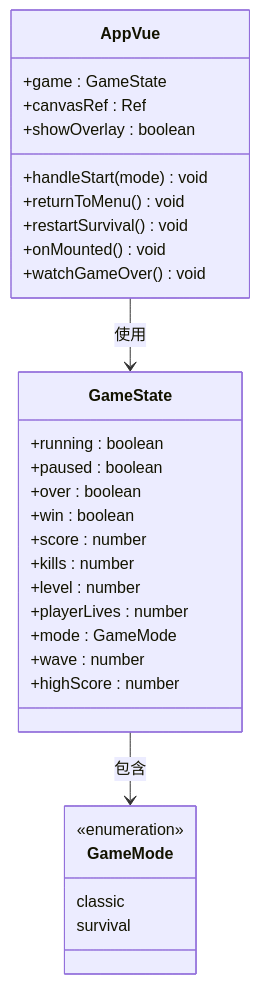
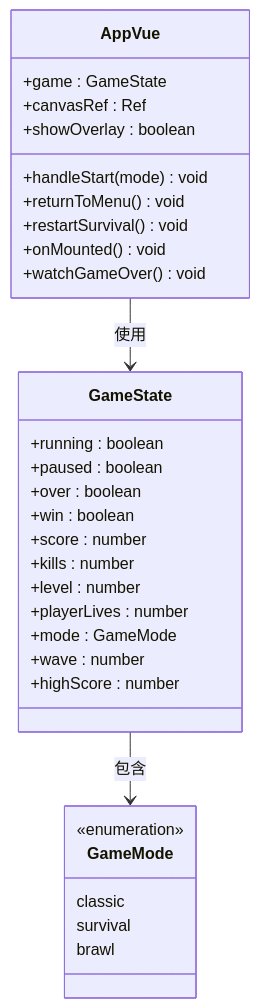
Before and after one commit to mrancc/reimagined-journey: the sixth of 21 diagrams in .qoder/repowiki/zh/content/部署指南.md, drawn with Mermaid. The commit also changed other lines of this file and 3 other files, not shown here.

````diff
--- a/.qoder/repowiki/zh/content/部署指南.md
+++ b/.qoder/repowiki/zh/content/部署指南.md
@@ -206,33 +230,34 @@
 ```mermaid
 classDiagram
 class AppVue {
 +game : GameState
 +canvasRef : Ref
 +showOverlay : boolean
 +handleStart(mode) void
 +returnToMenu() void
 +restartSurvival() void
 +onMounted() void
 +watchGameOver() void
 }
 class GameState {
 +running : boolean
 +paused : boolean
 +over : boolean
 +win : boolean
 +score : number
 +kills : number
 +level : number
 +playerLives : number
 +mode : GameMode
 +wave : number
 +highScore : number
 }
 class GameMode {
 <<enumeration>>
 classic
 survival
+brawl
 }
 AppVue --> GameState : 使用
 GameState --> GameMode : 包含
 ```
````
